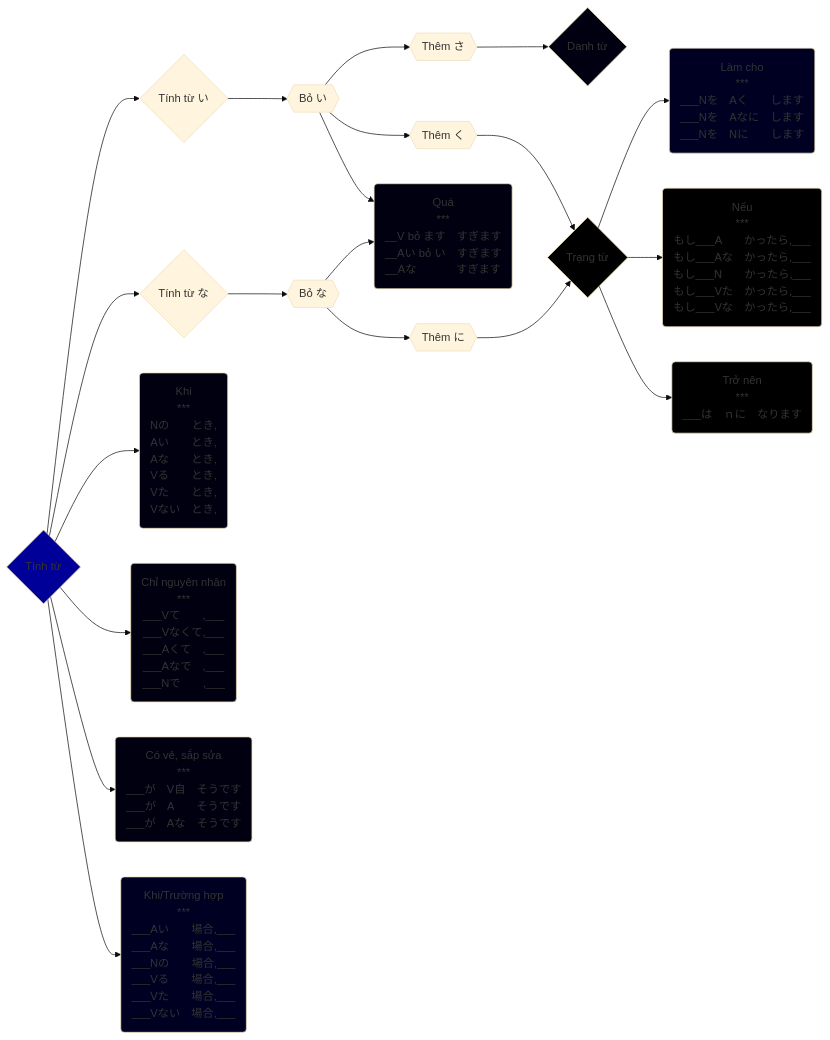
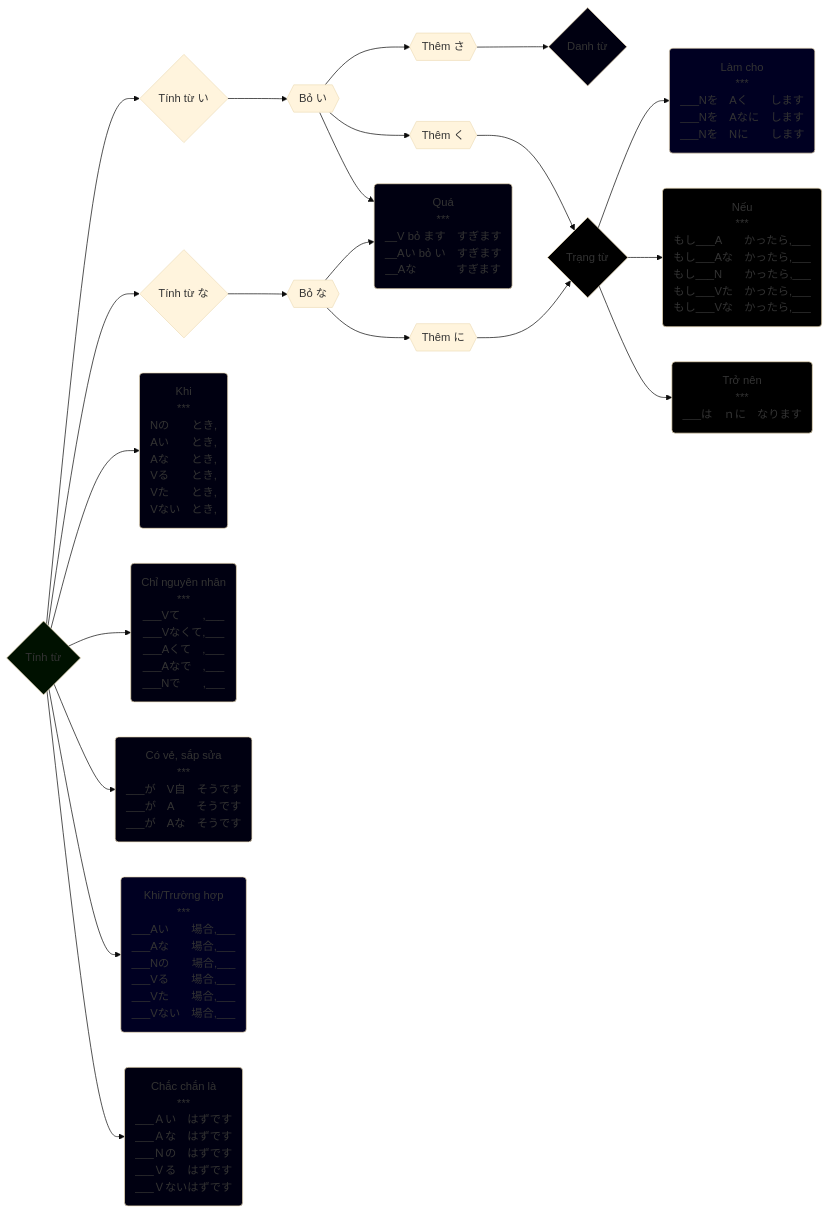
Before and after one commit to tea1504/learn: the diagram in Tinh_Tu_graph.md, drawn with Mermaid (base theme). The commit also changed 9 other files, not shown here.

````diff
--- a/Tinh_Tu_graph.md
+++ b/Tinh_Tu_graph.md
@@ -1,34 +1,36 @@
 ```mermaid
 graph LR;
     A{Tính từ}
 
     A-->Ai{Tính từ い}
     A-->Ana{Tính từ な}
 
     Ai-->boI{{Bỏ い}}-->themSa{{Thêm さ}}-->N{Danh từ}
     boI-->themKu{{Thêm く}}-->Adv{Trạng từ}
     A-->khi(Khi\n***\nNの　　とき,\nAい　　とき,\nAな　　とき,\nVる　　とき,\nVた　　とき,\nVない　とき,)
     A-->chiNguyenNhan(Chỉ nguyên nhân\n***\n___Vて　　,___\n___Vなくて,___\n___Aくて　,___\n___Aなで　,___\n___Nで　　,___)
     A-->coVeSapSua(Có vẻ, sắp sửa\n***\n___が　V自　そうです\n___が　A　　そうです\n___が　Aな　そうです)
     boI-->qua(Quá\n***\n__V bỏ ます　すぎます\n__Aい bỏ い　すぎます\n__Aな 　　 　すぎます)
     Ana-->boNa{{Bỏ な}}
     boNa-->qua
     boNa-->themNi{{Thêm に}}-->Adv{Trạng từ}
     Adv-->lamCho(Làm cho\n***\n___Nを　Aく　　します\n___Nを　Aなに　します\n___Nを　Nに　　します)
     A-->truongHop(Khi/Trường hợp\n***\n___Aい　　場合,___\n___Aな　　場合,___\n___Nの　　場合,___\n___Vる　　場合,___\n___Vた　　場合,___\n___Vない　場合,___)
     Adv-->neu(Nếu\n***\nもし___A　　かったら,___\nもし___Aな　かったら,___\nもし___N　　かったら,___\nもし___Vた　かったら,___\nもし___Vな　かったら,___)
     Adv-->troNen(Trở nên\n***\n___は　ｎに　なります)
+    A-->chacChanLa(Chắc chắn là\n***\n___Ａい　はずです\n___Ａな　はずです\n___Ｎの　はずです\n___Ｖる　はずです\n___Ｖないはずです)
 
-    style A fill:#009
+    style A fill:#010
     style Adv fill:#000
+    style chacChanLa fill:#001
     style chiNguyenNhan fill:#001
     style coVeSapSua fill:#000
     style coVeSapSua fill:#001
     style khi fill:#001
     style lamCho fill:#002
     style N fill:#001
     style neu fill:#000
     style qua fill:#001
+    style troNen fill:#000
     style truongHop fill:#002
-    style troNen fill:#000
 ```
````
